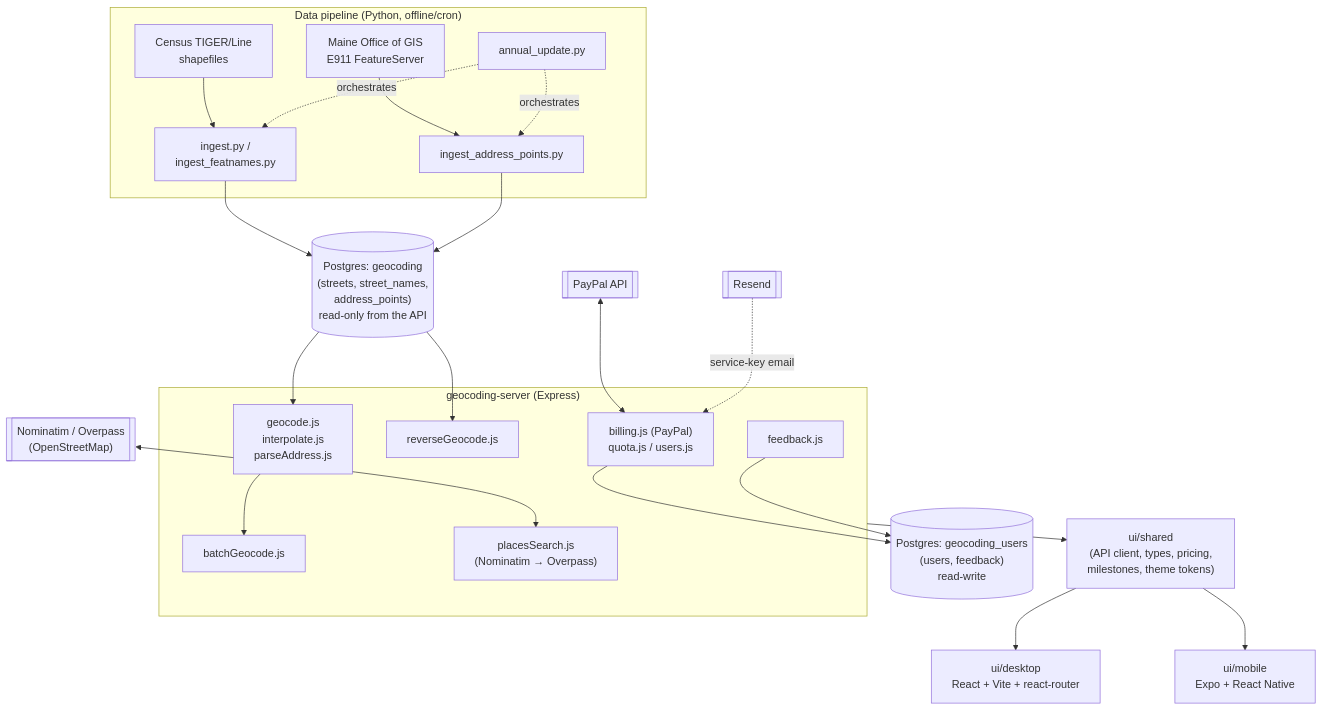
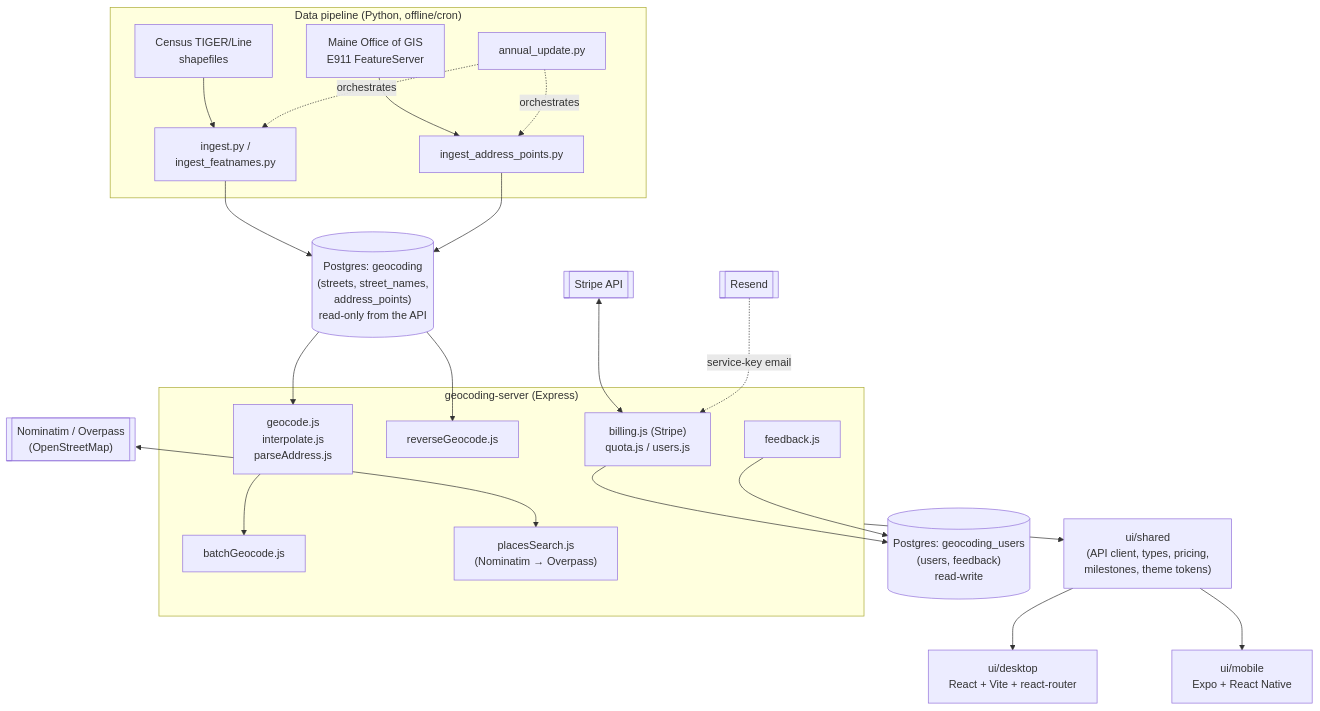
Before and after one commit to weiming0602/geocoding: the diagram in docs/ARCHITECTURE.md, drawn with Mermaid. The commit also changed other lines of this file and 4 other files, not shown here.

Commit message:
Name Stripe instead of PayPal in docs and legal pages

````diff
--- a/docs/ARCHITECTURE.md
+++ b/docs/ARCHITECTURE.md
@@ -24,37 +24,37 @@
 ```mermaid
 flowchart TB
     subgraph ingest["Data pipeline (Python, offline/cron)"]
         TIGER["Census TIGER/Line\nshapefiles"] --> ingestpy["ingest.py /\ningest_featnames.py"]
         E911["Maine Office of GIS\nE911 FeatureServer"] --> ingestpts["ingest_address_points.py"]
         annual["annual_update.py"] -.orchestrates.-> ingestpy
         annual -.orchestrates.-> ingestpts
     end
 
     ingestpy --> geodb[("Postgres: geocoding\n(streets, street_names,\naddress_points)\nread-only from the API")]
     ingestpts --> geodb
 
     subgraph api["geocoding-server (Express)"]
         geocode["geocode.js\ninterpolate.js\nparseAddress.js"]
         reverse["reverseGeocode.js"]
         batch["batchGeocode.js"]
         places["placesSearch.js\n(Nominatim → Overpass)"]
-        billing["billing.js (PayPal)\nquota.js / users.js"]
+        billing["billing.js (Stripe)\nquota.js / users.js"]
         feedback["feedback.js"]
     end
 
     geodb --> geocode
     geodb --> reverse
     geocode --> batch
 
     usersdb[("Postgres: geocoding_users\n(users, feedback)\nread-write")]
     billing --> usersdb
     feedback --> usersdb
 
-    paypal[["PayPal API"]] <--> billing
+    stripe[["Stripe API"]] <--> billing
     resend[["Resend"]] -.service-key email.-> billing
     osm[["Nominatim / Overpass\n(OpenStreetMap)"]] <--> places
 
     api --> shared["ui/shared\n(API client, types, pricing,\nmilestones, theme tokens)"]
     shared --> desktop["ui/desktop\nReact + Vite + react-router"]
     shared --> mobile["ui/mobile\nExpo + React Native"]
 ```
````
